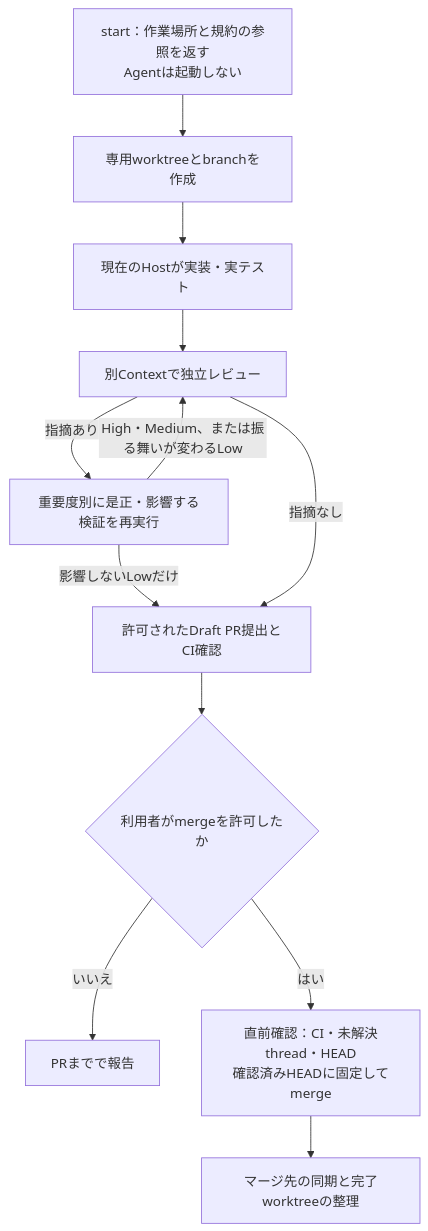
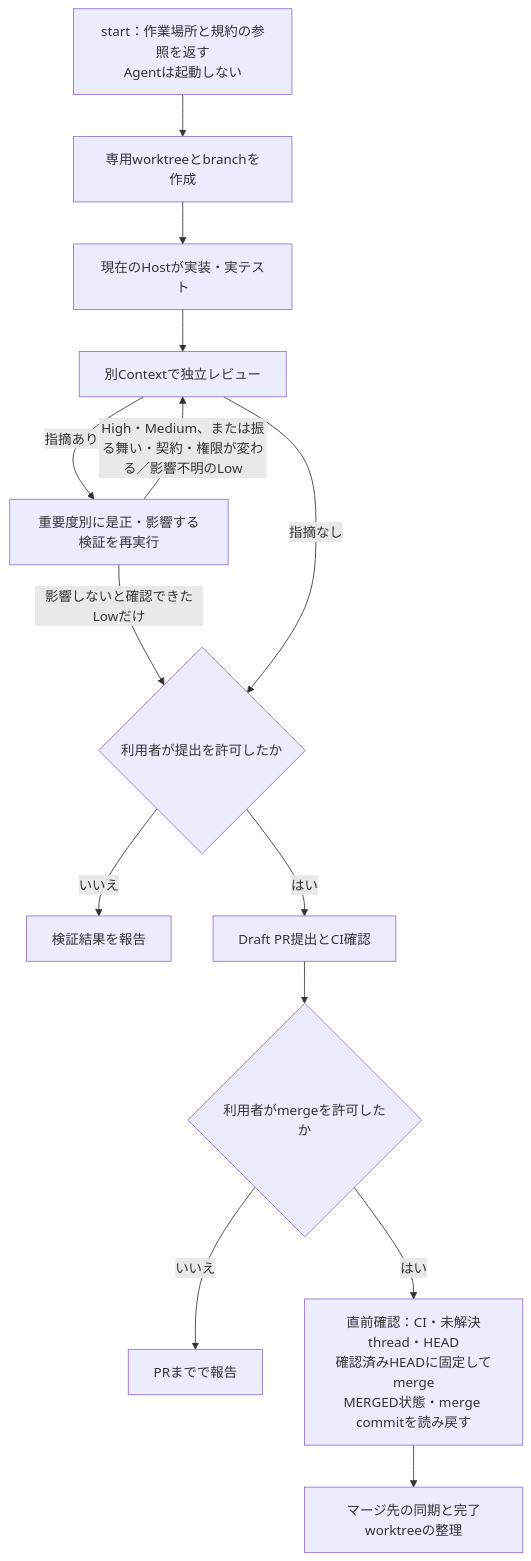
Before and after one commit to techbeansjp-free/AGENTS.md: the first of 2 diagrams in README.md, drawn with Mermaid. The commit also changed other lines of this file, not shown here.

First line of the commit message:
docs: align README diagrams with review and approval rules (#1674)

````diff
--- a/README.md
+++ b/README.md
@@ -33,14 +33,16 @@
 ```mermaid
 flowchart TD
   A["start：作業場所と規約の参照を返す<br/>Agentは起動しない"] --> B["専用worktreeとbranchを作成"]
   B --> C["現在のHostが実装・実テスト"]
   C --> D["別Contextで独立レビュー"]
   D -->|指摘あり| E["重要度別に是正・影響する検証を再実行"]
-  E -->|"High・Medium、または振る舞いが変わるLow"| D
-  E -->|"影響しないLowだけ"| F
-  D -->|指摘なし| F["許可されたDraft PR提出とCI確認"]
+  E -->|"High・Medium、または振る舞い・契約・権限が変わる／影響不明のLow"| D
+  E -->|"影響しないと確認できたLowだけ"| P
+  D -->|指摘なし| P{"利用者が提出を許可したか"}
+  P -->|いいえ| Q["検証結果を報告"]
+  P -->|はい| F["Draft PR提出とCI確認"]
   F --> G{"利用者がmergeを許可したか"}
   G -->|いいえ| H["PRまでで報告"]
-  G -->|はい| I["直前確認：CI・未解決thread・HEAD<br/>確認済みHEADに固定してmerge"]
+  G -->|はい| I["直前確認：CI・未解決thread・HEAD<br/>確認済みHEADに固定してmerge<br/>MERGED状態・merge commitを読み戻す"]
   I --> J["マージ先の同期と完了worktreeの整理"]
 ```
````
